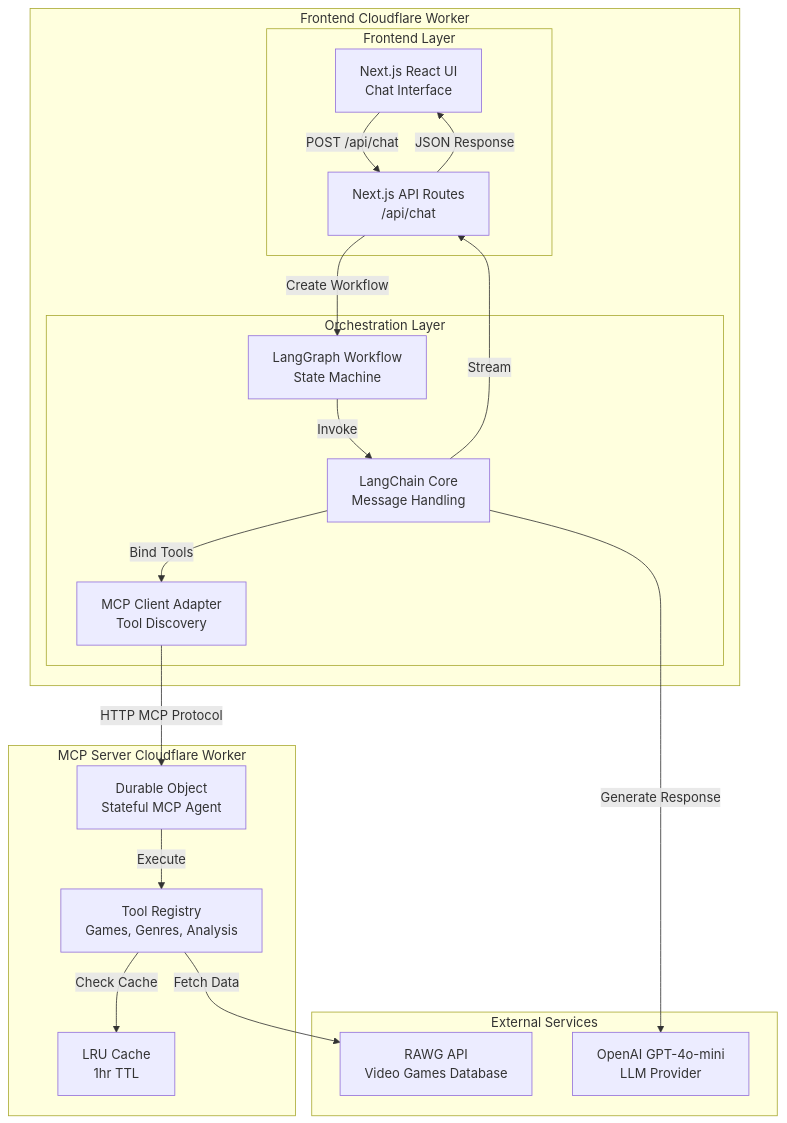
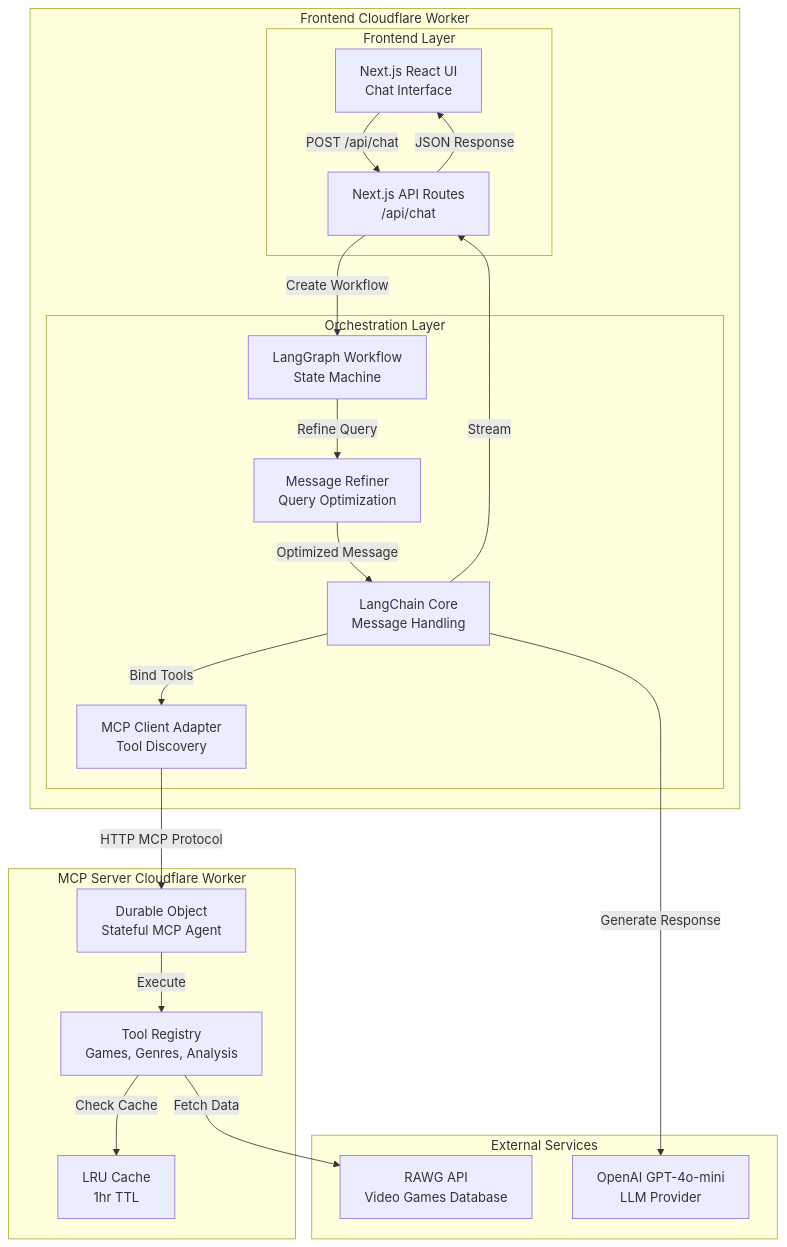
One commit to ShawnZong/amazing-game-analytics-ai-chatbot changed the first of 2 diagrams in README.md. Above: the diagram before and after it, drawn with Mermaid.

Commit message:
docs: add refiner node to architecture diagram

````diff
--- a/README.md
+++ b/README.md
@@ -89,37 +89,39 @@
 ```mermaid
 graph TB
     subgraph "Frontend Cloudflare Worker"
         subgraph "Frontend Layer"
             UI[Next.js React UI<br/>Chat Interface]
             API[Next.js API Routes<br/>/api/chat]
         end
         subgraph "Orchestration Layer"
             LG[LangGraph Workflow<br/>State Machine]
+            REFINER[Message Refiner<br/>Query Optimization]
             LC[LangChain Core<br/>Message Handling]
             MCP_CLIENT[MCP Client Adapter<br/>Tool Discovery]
         end
     end
 
     subgraph "MCP Server Cloudflare Worker"
         DO[Durable Object<br/>Stateful MCP Agent]
         TOOLS[Tool Registry<br/>Games, Genres, Analysis]
         CACHE[LRU Cache<br/>1hr TTL]
     end
 
     subgraph "External Services"
         LLM[OpenAI GPT-4o-mini<br/>LLM Provider]
         RAWG[RAWG API<br/>Video Games Database]
     end
 
     UI -->|POST /api/chat| API
     API -->|Create Workflow| LG
-    LG -->|Invoke| LC
+    LG -->|Refine Query| REFINER
+    REFINER -->|Optimized Message| LC
     LC -->|Bind Tools| MCP_CLIENT
     MCP_CLIENT -->|HTTP MCP Protocol| DO
     DO -->|Execute| TOOLS
     TOOLS -->|Check Cache| CACHE
     TOOLS -->|Fetch Data| RAWG
     LC -->|Generate Response| LLM
     LC -->|Stream| API
     API -->|JSON Response| UI
 ```
````
